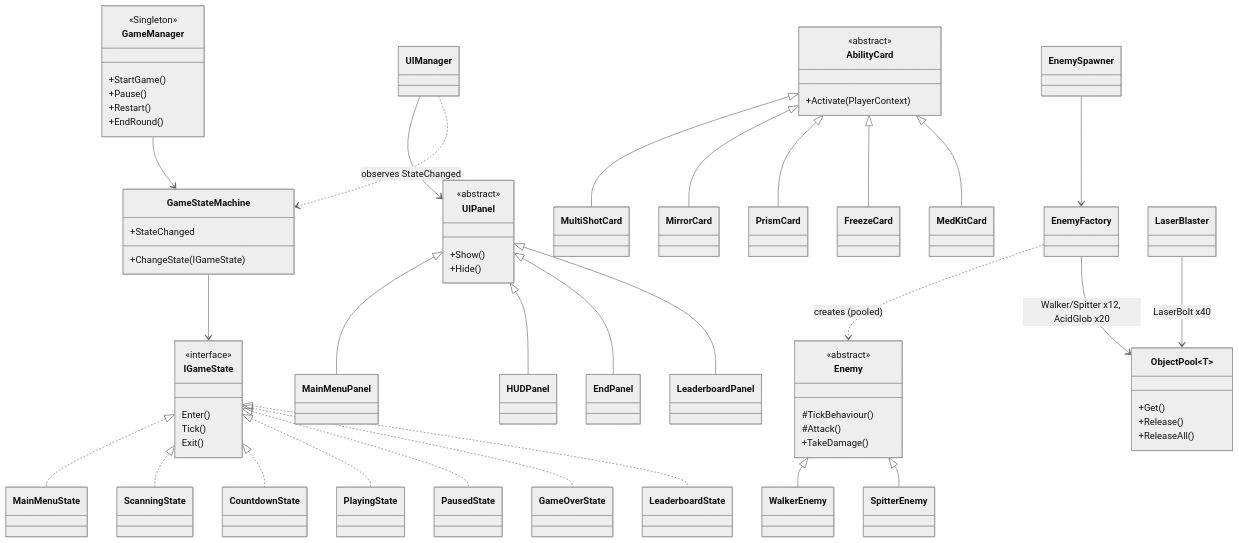
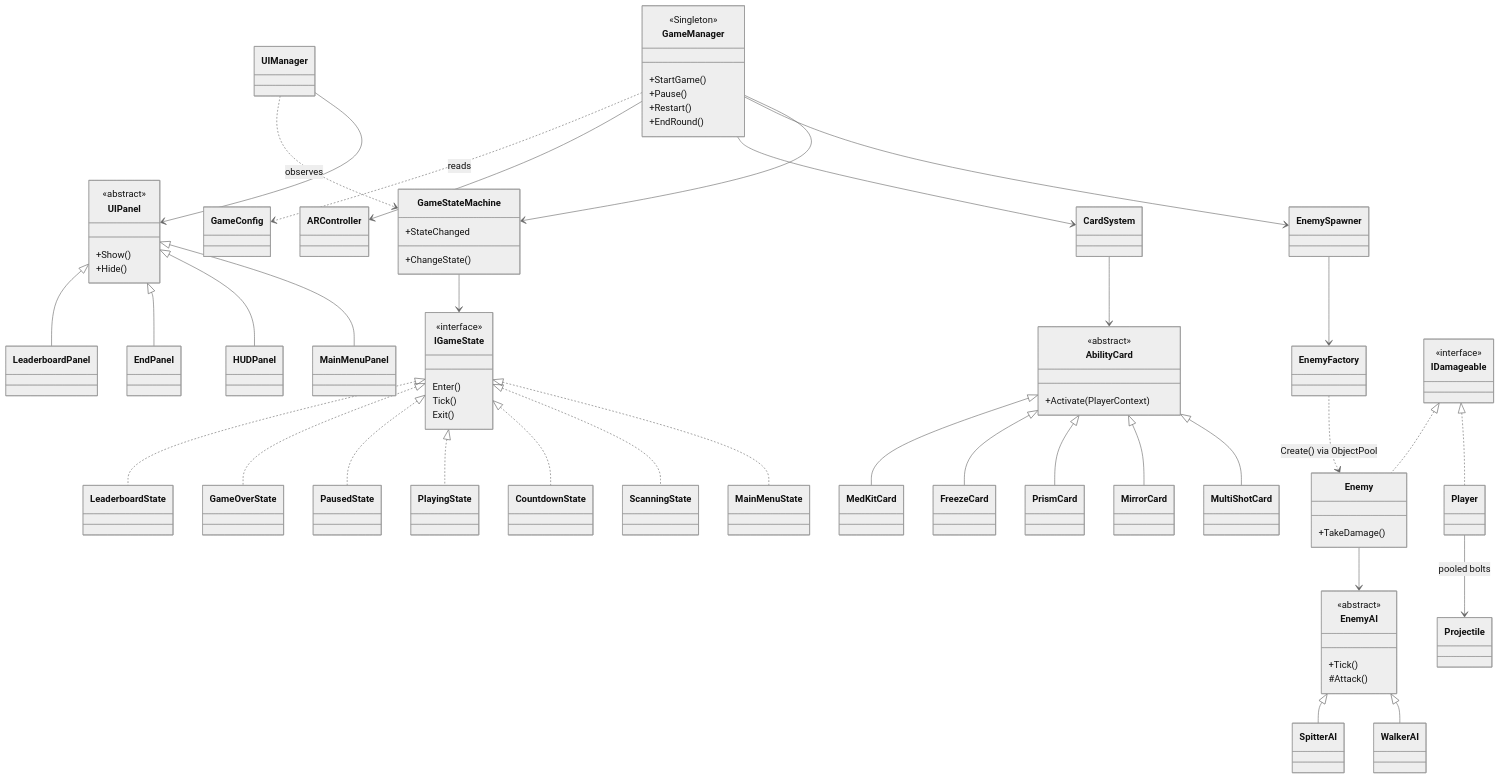
The diagram in Assets/_Project/Docs/TECHNICAL_DOC_DRAFT.md (eseosapku/Survival_Shooter), drawn with Mermaid (neutral theme) before and after one commit. The commit also changed other lines of this file and 212 other files, not shown here.

````diff
--- a/Assets/_Project/Docs/TECHNICAL_DOC_DRAFT.md
+++ b/Assets/_Project/Docs/TECHNICAL_DOC_DRAFT.md
@@ -16,70 +19,77 @@
 ```mermaid
 classDiagram
     class GameManager {
         <<Singleton>>
         +StartGame()
         +Pause()
         +Restart()
         +EndRound()
     }
     class GameStateMachine {
-        +ChangeState(IGameState)
+        +ChangeState()
         +StateChanged
     }
     class IGameState {
         <<interface>>
         Enter()
         Tick()
         Exit()
     }
     GameManager --> GameStateMachine
     GameStateMachine --> IGameState
     IGameState <|.. MainMenuState
     IGameState <|.. ScanningState
     IGameState <|.. CountdownState
     IGameState <|.. PlayingState
     IGameState <|.. PausedState
     IGameState <|.. GameOverState
     IGameState <|.. LeaderboardState
 
+    GameManager --> EnemySpawner
+    EnemySpawner --> EnemyFactory
+    EnemyFactory ..> Enemy : Create() via ObjectPool
     class Enemy {
-        <<abstract>>
-        #TickBehaviour()
-        #Attack()
         +TakeDamage()
     }
-    Enemy <|-- WalkerEnemy
-    Enemy <|-- SpitterEnemy
-    EnemyFactory ..> Enemy : creates (pooled)
-    EnemySpawner --> EnemyFactory
+    class EnemyAI {
+        <<abstract>>
+        +Tick()
+        #Attack()
+    }
+    Enemy --> EnemyAI
+    EnemyAI <|-- WalkerAI
+    EnemyAI <|-- SpitterAI
 
+    GameManager --> CardSystem
     class AbilityCard {
         <<abstract>>
         +Activate(PlayerContext)
     }
+    CardSystem --> AbilityCard
     AbilityCard <|-- MultiShotCard
     AbilityCard <|-- MirrorCard
     AbilityCard <|-- PrismCard
     AbilityCard <|-- FreezeCard
     AbilityCard <|-- MedKitCard
 
     class UIPanel {
         <<abstract>>
         +Show()
         +Hide()
     }
+    UIManager --> UIPanel
     UIPanel <|-- MainMenuPanel
     UIPanel <|-- HUDPanel
     UIPanel <|-- EndPanel
     UIPanel <|-- LeaderboardPanel
-    UIManager --> UIPanel
-    UIManager ..> GameStateMachine : observes StateChanged
+    UIManager ..> GameStateMachine : observes
 
-    class ObjectPool~T~ {
-        +Get()
-        +Release()
-        +ReleaseAll()
+    class IDamageable {
+        <<interface>>
     }
-    LaserBlaster --> ObjectPool~T~ : LaserBolt x40
-    EnemyFactory --> ObjectPool~T~ : Walker/Spitter x12, AcidGlob x20
+    IDamageable <|.. Player
+    IDamageable <|.. Enemy
+    Player --> Projectile : pooled bolts
+    GameManager --> ARController
+    GameManager ..> GameConfig : reads
 ```
````
